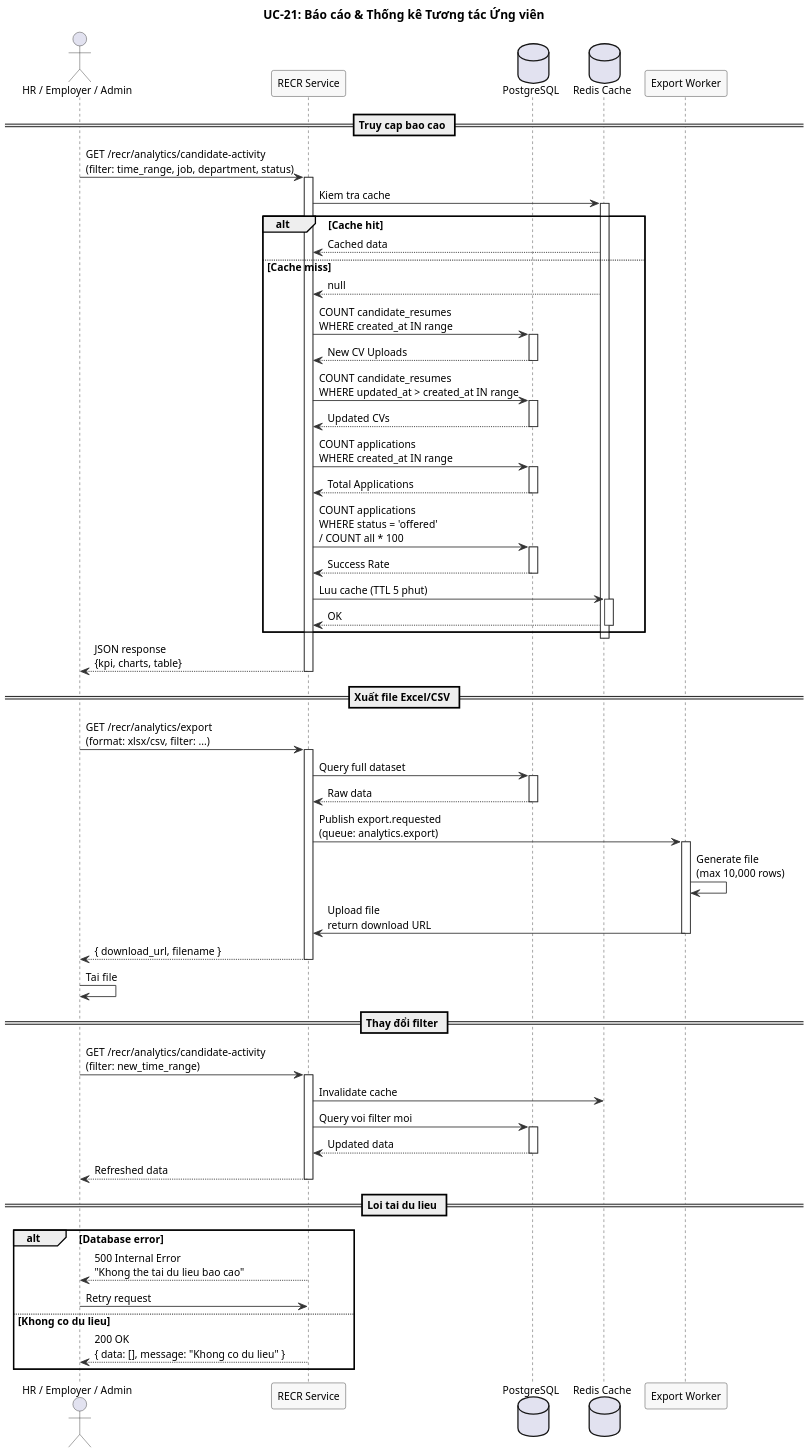
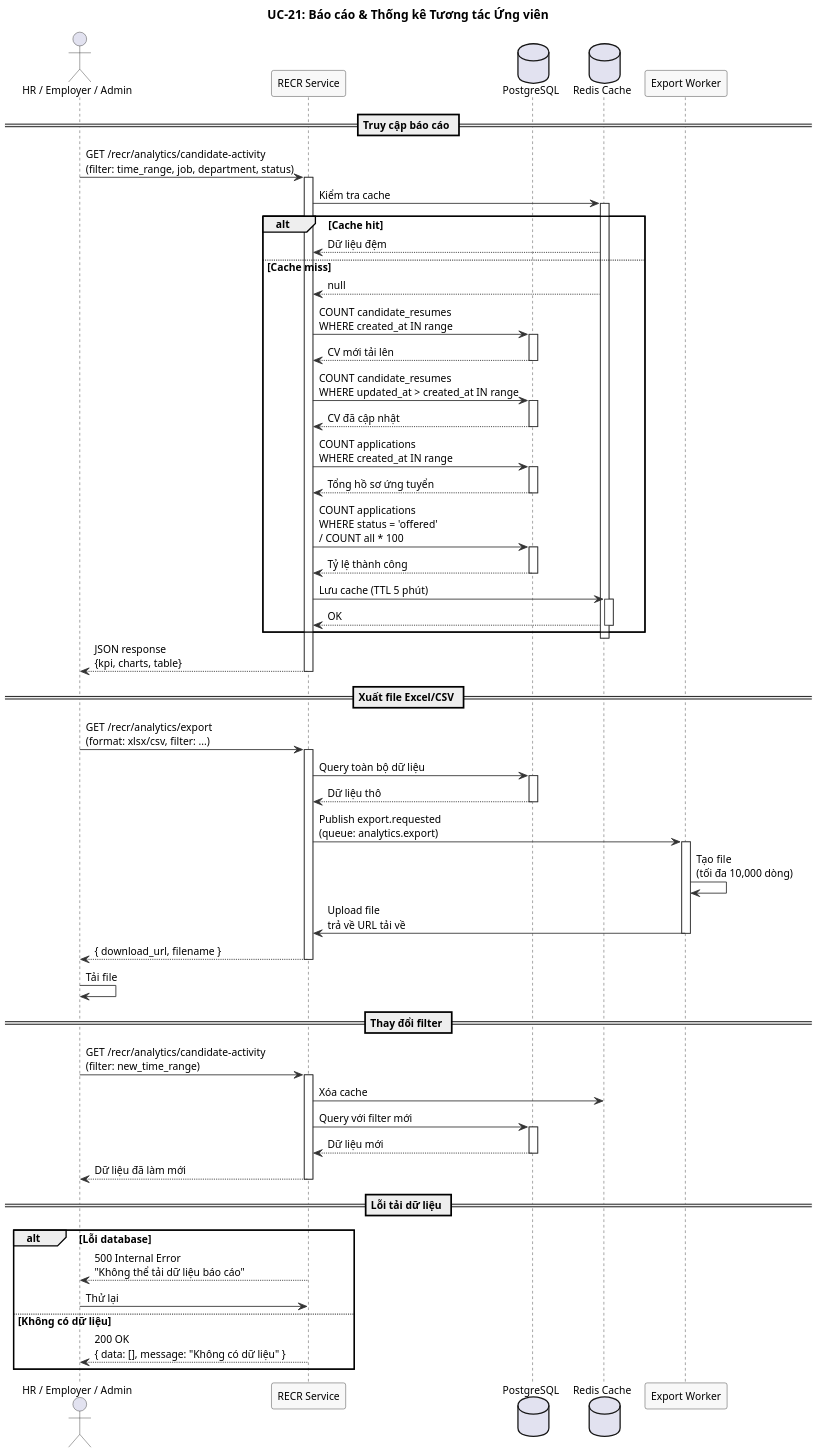
The diagram in modules/recr/diagrams/sequence/uc21-candidate-analytics-sequence.puml (namnh240795/document), drawn with PlantUML before and after one commit. The commit also changed 48 other files, not shown here.

First line of the commit message:
fix(recr,srs): review & fix RECR SRS - structure, IDs, Vietnamese text, figure numbering

```diff
--- a/modules/recr/diagrams/sequence/uc21-candidate-analytics-sequence.puml
+++ b/modules/recr/diagrams/sequence/uc21-candidate-analytics-sequence.puml
@@ -1,104 +1,104 @@
 @startuml
 ' UC-21: Báo cáo & Thống kê Tương tác Ứng viên - Sơ đồ Chuỗi
 skinparam dpi 150
 skinparam defaultFontSize 12
 skinparam sequence {
   ArrowColor #333333
   ActorBorderColor #333333
   LifeLineBorderColor #333333
   ParticipantBackgroundColor #F8F8F8
   ParticipantBorderColor #333333
 }
 
 title UC-21: Báo cáo & Thống kê Tương tác Ứng viên
 
 actor "HR / Employer / Admin" as User
 participant "RECR Service" as R
 database "PostgreSQL" as DB
 database "Redis Cache" as Cache
 participant "Export Worker" as W
 
-== Truy cap bao cao ==
+== Truy cập báo cáo ==
 
 User -> R : GET /recr/analytics/candidate-activity\n(filter: time_range, job, department, status)
 activate R
 
-R -> Cache : Kiem tra cache
+R -> Cache : Kiểm tra cache
 activate Cache
 alt Cache hit
-  Cache --> R : Cached data
+  Cache --> R : Dữ liệu đệm
 else Cache miss
   Cache --> R : null
   R -> DB : COUNT candidate_resumes\nWHERE created_at IN range
   activate DB
-  DB --> R : New CV Uploads
+  DB --> R : CV mới tải lên
   deactivate DB
 
   R -> DB : COUNT candidate_resumes\nWHERE updated_at > created_at IN range
   activate DB
-  DB --> R : Updated CVs
+  DB --> R : CV đã cập nhật
   deactivate DB
 
   R -> DB : COUNT applications\nWHERE created_at IN range
   activate DB
-  DB --> R : Total Applications
+  DB --> R : Tổng hồ sơ ứng tuyển
   deactivate DB
 
   R -> DB : COUNT applications\nWHERE status = 'offered'\n/ COUNT all * 100
   activate DB
-  DB --> R : Success Rate
+  DB --> R : Tỷ lệ thành công
   deactivate DB
 
-  R -> Cache : Luu cache (TTL 5 phut)
+  R -> Cache : Lưu cache (TTL 5 phút)
   activate Cache
   Cache --> R : OK
   deactivate Cache
 end
 deactivate Cache
 
 R --> User : JSON response\n{kpi, charts, table}
 deactivate R
 
 == Xuất file Excel/CSV ==
 
 User -> R : GET /recr/analytics/export\n(format: xlsx/csv, filter: ...)
 activate R
 
-R -> DB : Query full dataset
+R -> DB : Query toàn bộ dữ liệu
 activate DB
-DB --> R : Raw data
+DB --> R : Dữ liệu thô
 deactivate DB
 
 R -> W : Publish export.requested\n(queue: analytics.export)
 activate W
-W -> W : Generate file\n(max 10,000 rows)
-W -> R : Upload file\nreturn download URL
+W -> W : Tạo file\n(tối đa 10,000 dòng)
+W -> R : Upload file\ntrả về URL tải về
 deactivate W
 
 R --> User : { download_url, filename }
 deactivate R
 
-User -> User : Tai file
+User -> User : Tải file
 
 == Thay đổi filter ==
 
 User -> R : GET /recr/analytics/candidate-activity\n(filter: new_time_range)
 activate R
-R -> Cache : Invalidate cache
-R -> DB : Query voi filter moi
+R -> Cache : Xóa cache
+R -> DB : Query với filter mới
 activate DB
-DB --> R : Updated data
+DB --> R : Dữ liệu mới
 deactivate DB
-R --> User : Refreshed data
+R --> User : Dữ liệu đã làm mới
 deactivate R
 
-== Loi tai du lieu ==
+== Lỗi tải dữ liệu ==
 
-alt Database error
-  R --> User : 500 Internal Error\n"Khong the tai du lieu bao cao"
-  User -> R : Retry request
-else Khong co du lieu
-  R --> User : 200 OK\n{ data: [], message: "Khong co du lieu" }
+alt Lỗi database
+  R --> User : 500 Internal Error\n"Không thể tải dữ liệu báo cáo"
+  User -> R : Thử lại
+else Không có dữ liệu
+  R --> User : 200 OK\n{ data: [], message: "Không có dữ liệu" }
 end
 
 @enduml
```
